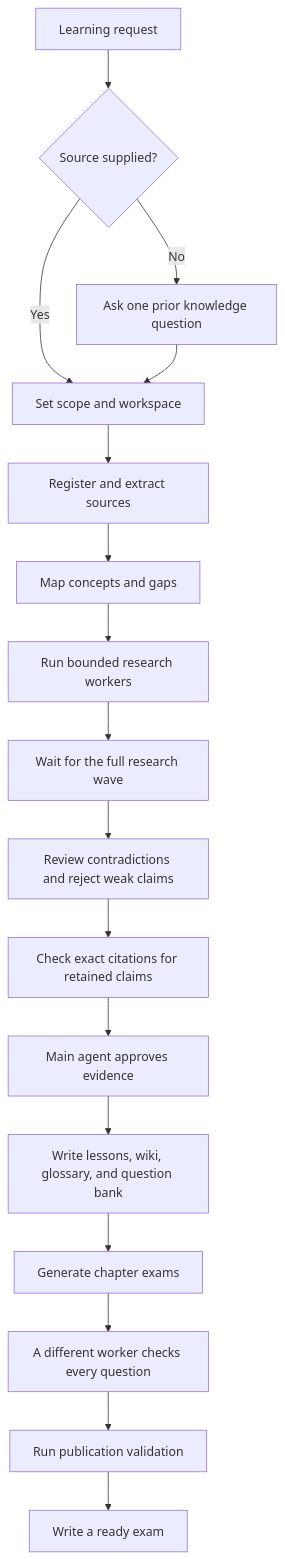
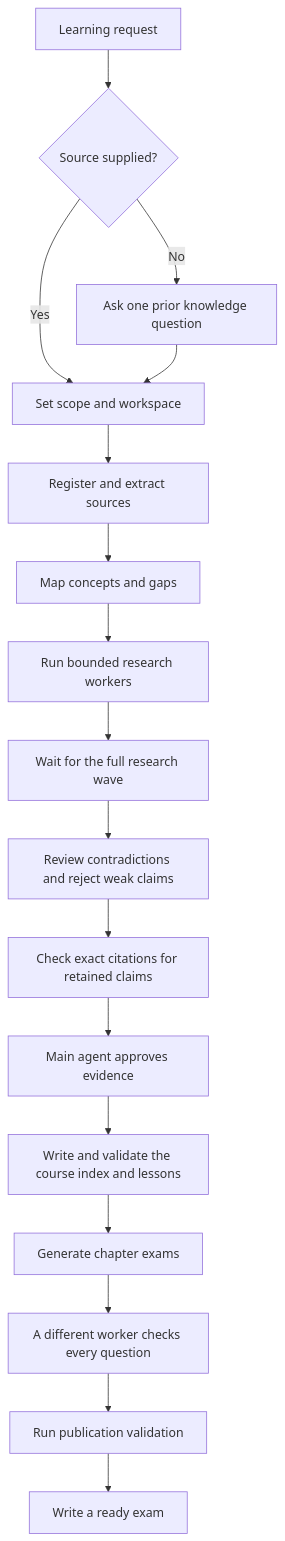
Before and after one commit to Howard-Starfield/Mastery-Ledger: the second of 3 diagrams in README.md, drawn with Mermaid. The commit also changed other lines of this file and 51 other files, not shown here.

````diff
--- a/README.md
+++ b/README.md
@@ -114,19 +114,19 @@
 ```mermaid
 flowchart TD
     Request["Learning request"] --> SourceCheck{"Source supplied?"}
     SourceCheck -->|"No"| Prior["Ask one prior knowledge question"]
     SourceCheck -->|"Yes"| Scope["Set scope and workspace"]
     Prior --> Scope
     Scope --> Intake["Register and extract sources"]
     Intake --> Map["Map concepts and gaps"]
     Map --> Research["Run bounded research workers"]
     Research --> WaitResearch["Wait for the full research wave"]
     WaitResearch --> Conflict["Review contradictions and reject weak claims"]
     Conflict --> Cite["Check exact citations for retained claims"]
     Cite --> Approve["Main agent approves evidence"]
-    Approve --> Write["Write lessons, wiki, glossary, and question bank"]
+    Approve --> Write["Write and validate the course index and lessons"]
     Write --> Generate["Generate chapter exams"]
     Generate --> Check["A different worker checks every question"]
     Check --> Validate["Run publication validation"]
     Validate --> Ready["Write a ready exam"]
 ```
````
